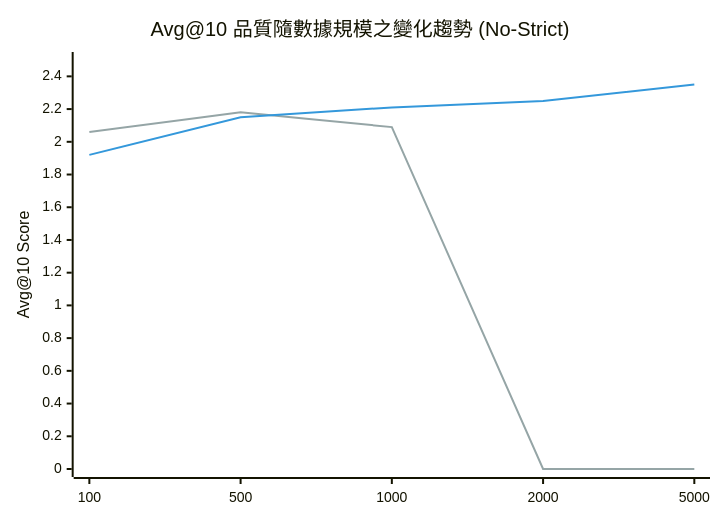
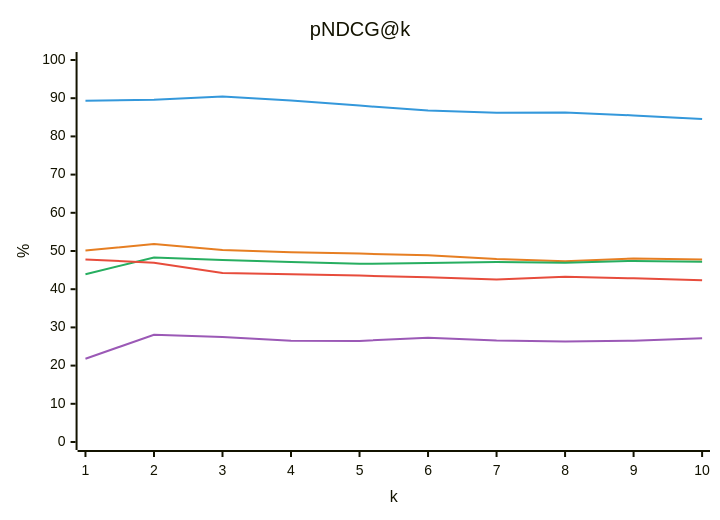
Before and after one commit to wangicheng/hybrid-reasoner: the tenth of 13 diagrams in docs/report.md, drawn with Mermaid. The commit also changed other lines of this file and 21 other files, not shown here.

````diff
--- a/docs/report.md
+++ b/docs/report.md
@@ -421,9 +478,12 @@
 ```mermaid
-%%{init: { 'themeVariables': { 'xyChart': { 'plotColorPalette': '#95A5A6, #3498DB' } } } }%%
+%%{init: { 'themeVariables': { 'xyChart': { 'plotColorPalette': '#3498DB, #E67E22, #27AE60, #E74C3C, #9B59B6' } } } }%%
 xychart-beta
-    title "Avg@10 品質隨數據規模之變化趨勢 (No-Strict)"
-    x-axis ["100", "500", "1000", "2000", "5000"]
-    y-axis "Avg@10 Score" 0 --> 2.5
-    line [2.06, 2.18, 2.09, 0, 0]
-    line [1.92, 2.15, 2.21, 2.25, 2.35]
+    title "pNDCG@k"
+    x-axis "k" [1, 2, 3, 4, 5, 6, 7, 8, 9, 10]
+    y-axis "%" 0 --> 100
+    line "experiment_dat_on" [89.31, 89.57, 90.46, 89.40, 88.06, 86.78, 86.17, 86.26, 85.50, 84.54]
+    line "naive_hybrid (w0.2)" [50.14, 51.81, 50.26, 49.66, 49.32, 48.91, 47.92, 47.34, 48.04, 47.80]
+    line "dense_only" [43.89, 48.31, 47.67, 47.11, 46.64, 46.87, 47.09, 46.95, 47.41, 47.16]
+    line "naive_hybrid_rrf" [47.79, 46.93, 44.24, 43.91, 43.56, 43.14, 42.55, 43.25, 42.84, 42.35]
+    line "bm25_only" [21.78, 28.08, 27.50, 26.48, 26.47, 27.26, 26.58, 26.32, 26.50, 27.13]
 ```
````
